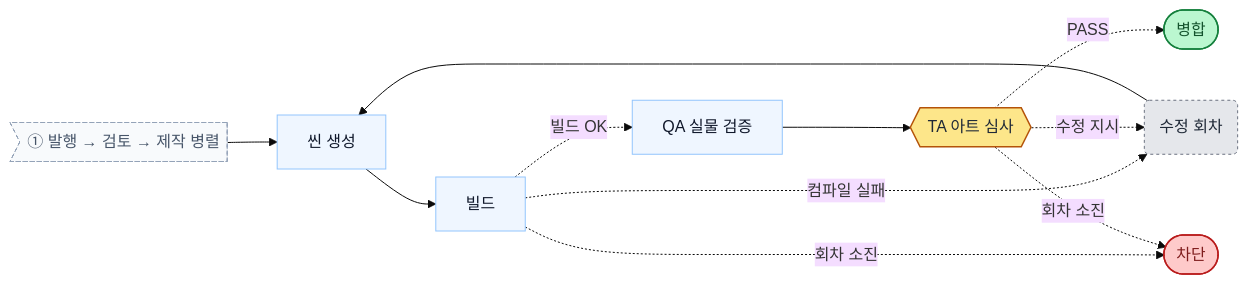
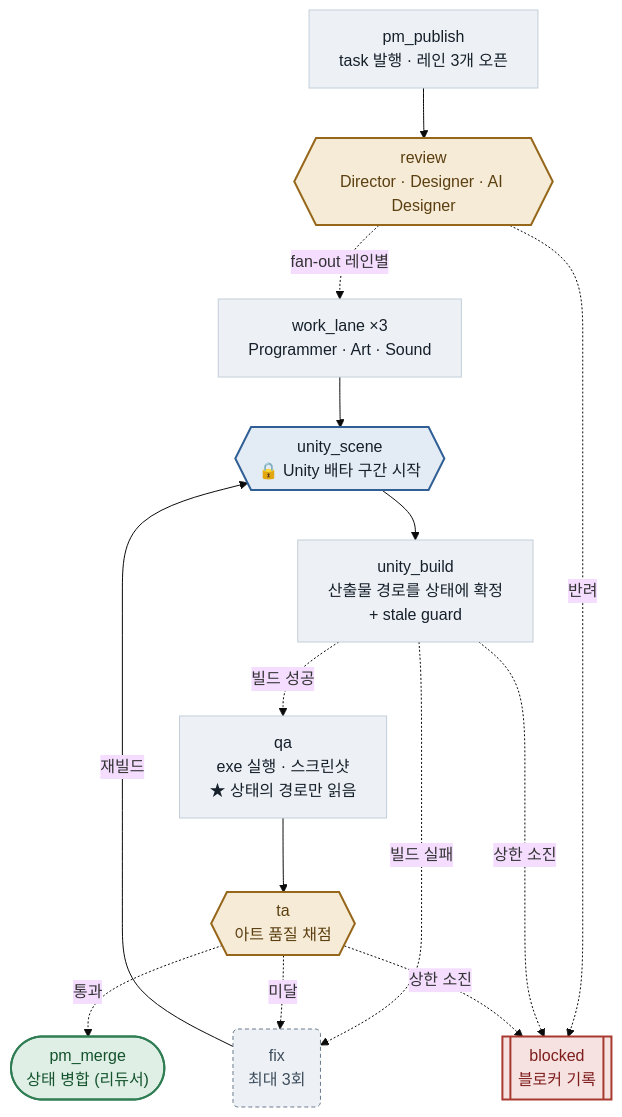
The second of 2 diagrams in graph/README.md (MelonS/MelonS-Agents), drawn with Mermaid (base theme) before and after one commit. The commit also changed other lines of this file and 5 other files, not shown here.

First line of the commit message:
docs(readme): 구조도를 정보량 있는 세로형으로 재작성 + 실측 비용표 + 최신 쇼츠 GIF

````diff
--- a/graph/README.md
+++ b/graph/README.md
@@ -168,36 +112,41 @@
 ```mermaid
-flowchart LR
-  unity_scene["씬 생성"]
-  unity_build["빌드"]
-  qa["QA 실물 검증"]
-  ta{{"TA 아트 심사"}}
-  fix("수정 회차")
-  pm_merge(["병합"])
-  blocked(["차단"])
-  view0>"① 발행 → 검토 → 제작 병렬"]
+flowchart TD
+  pm_publish["pm_publish<br/>task 발행 · 레인 3개 오픈"]
+  review{{"review<br/>Director · Designer · AI Designer"}}
+  work_lane["work_lane ×3<br/>Programmer · Art · Sound"]
+  unity_scene{{"unity_scene<br/>🔒 Unity 배타 구간 시작"}}
+  unity_build["unity_build<br/>산출물 경로를 상태에 확정<br/>+ stale guard"]
+  qa["qa<br/>exe 실행 · 스크린샷<br/>★ 상태의 경로만 읽음"]
+  ta{{"ta<br/>아트 품질 채점"}}
+  fix("fix<br/>최대 3회")
+  pm_merge(["pm_merge<br/>상태 병합 (리듀서)"])
+  blocked[["blocked<br/>블로커 기록"]]
 
+  pm_publish --> review
+  review -. "fan-out 레인별" .-> work_lane
+  review -. "반려" .-> blocked
+  work_lane --> unity_scene
   unity_scene --> unity_build
-  unity_build -. 빌드 OK .-> qa
-  unity_build -. 컴파일 실패 .-> fix
-  unity_build -. 회차 소진 .-> blocked
+  unity_build -. "빌드 성공" .-> qa
+  unity_build -. "빌드 실패" .-> fix
+  unity_build -. "상한 소진" .-> blocked
   qa --> ta
-  ta -. 수정 지시 .-> fix
-  ta -. PASS .-> pm_merge
-  ta -. 회차 소진 .-> blocked
-  fix --> unity_scene
-  view0 --> unity_scene
+  ta -. "미달" .-> fix
+  ta -. "통과" .-> pm_merge
+  ta -. "상한 소진" .-> blocked
+  fix -- "재빌드" --> unity_scene
 
-  classDef step fill:#eff6ff,stroke:#93c5fd,stroke-width:1px,color:#0f172a
-  classDef gate fill:#fde68a,stroke:#b45309,stroke-width:1.5px,color:#1f2937
-  classDef human fill:#ddd6fe,stroke:#6d28d9,stroke-width:1.5px,color:#1f2937
-  classDef retry fill:#e5e7eb,stroke:#6b7280,stroke-dasharray:3 3,color:#1f2937
-  classDef done fill:#bbf7d0,stroke:#15803d,stroke-width:1.5px,color:#14532d
-  classDef stop fill:#fecaca,stroke:#b91c1c,stroke-width:1.5px,color:#7f1d1d
-  class qa,unity_build,unity_scene step
-  class ta gate
+  classDef step fill:#EDF1F5,stroke:#C3CEDA,stroke-width:1px,color:#16202B
+  classDef gate fill:#F6EBD6,stroke:#96671A,stroke-width:2px,color:#5B3F11
+  classDef mutex fill:#E3EBF4,stroke:#2F5F94,stroke-width:2px,color:#16202B
+  classDef human fill:#E3EBF4,stroke:#2F5F94,stroke-width:2px,color:#16202B
+  classDef retry fill:#EDF1F5,stroke:#6B7C8D,stroke-width:1px,stroke-dasharray:4 3,color:#3D4C5C
+  classDef done fill:#DFEFE5,stroke:#2E7D53,stroke-width:2px,color:#14532D
+  classDef stop fill:#F6E2E0,stroke:#A93A31,stroke-width:2px,color:#7F1D1D
+  class pm_publish,qa,unity_build,work_lane step
+  class review,ta gate
+  class unity_scene mutex
   class fix retry
   class pm_merge done
   class blocked stop
-  classDef stub fill:#f8fafc,stroke:#94a3b8,stroke-dasharray:4 3,color:#475569
-  class view0 stub
 ```
````
